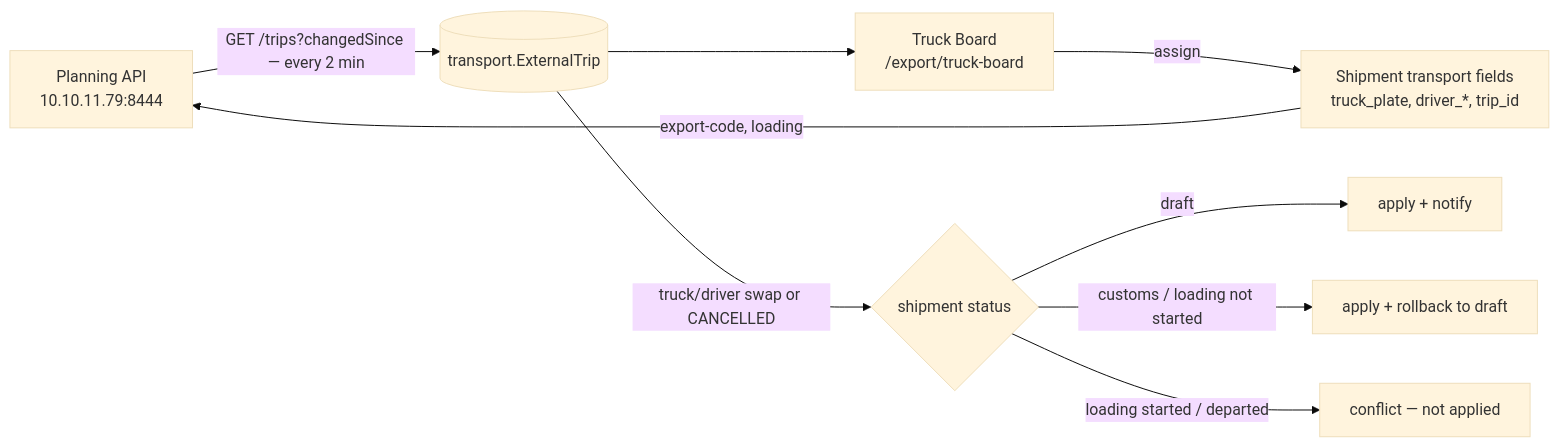
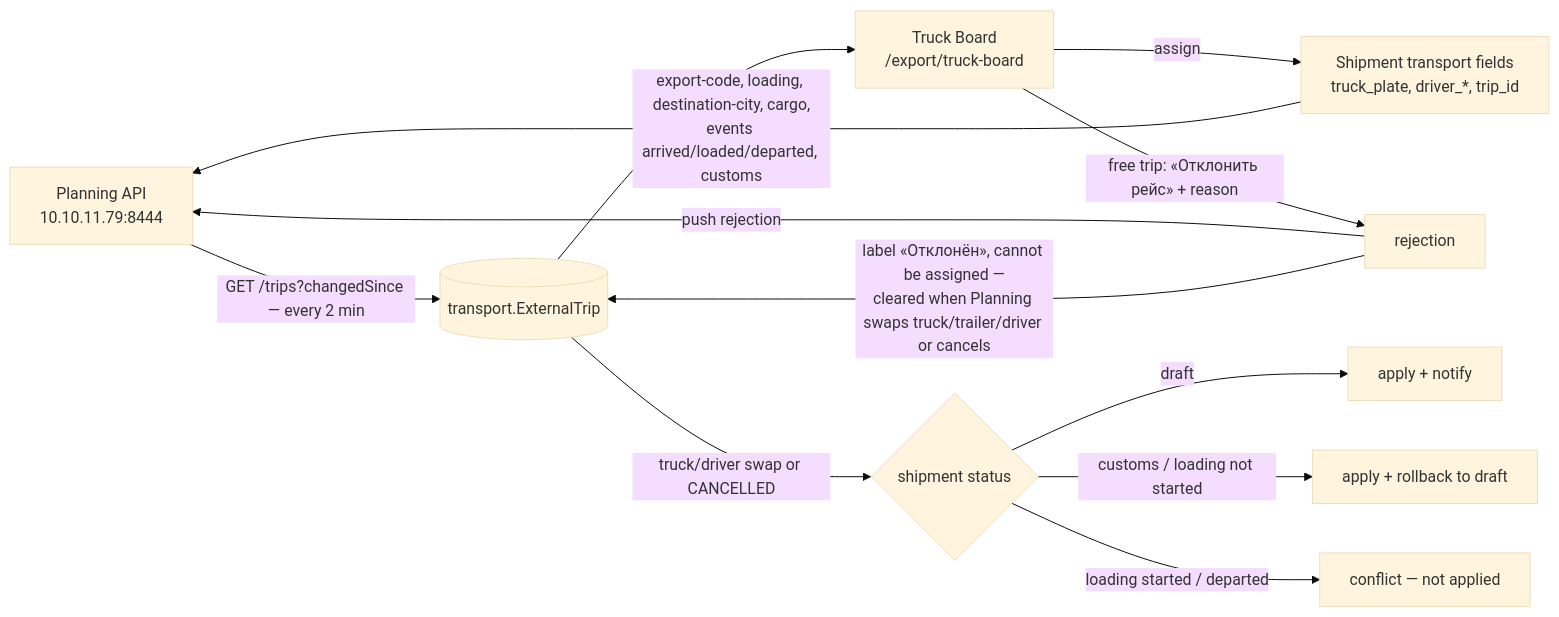
One commit to Jasurbek99/yigit_platform changed the diagram in docs/obsidian/processes/truck-board.md. Above: the diagram before and after it, drawn with Mermaid (base theme). The commit also changed other lines of this file, not shown here.

Commit message:
docs(p3): truck-board flow and gaps reflect Planning write ops

````diff
--- a/docs/obsidian/processes/truck-board.md
+++ b/docs/obsidian/processes/truck-board.md
@@ -21,11 +21,14 @@
 ```mermaid
 flowchart LR
     P[Planning API<br/>10.10.11.79:8444] -->|GET /trips?changedSince — every 2 min| M[(transport.ExternalTrip)]
     M --> B[Truck Board<br/>/export/truck-board]
     B -->|assign| S[Shipment transport fields<br/>truck_plate, driver_*, trip_id]
-    S -->|export-code, loading| P
+    S -->|export-code, loading, destination-city, cargo,<br/>events arrived/loaded/departed, customs| P
+    B -->|free trip: «Отклонить рейс» + reason| J[rejection]
+    J -->|push rejection| P
+    J -->|label «Отклонён», cannot be assigned —<br/>cleared when Planning swaps truck/trailer/driver or cancels| M
     M -->|truck/driver swap or CANCELLED| C{shipment status}
     C -->|draft| A[apply + notify]
     C -->|customs / loading not started| R[apply + rollback to draft]
     C -->|loading started / departed| X[conflict — not applied]
 ```
````
